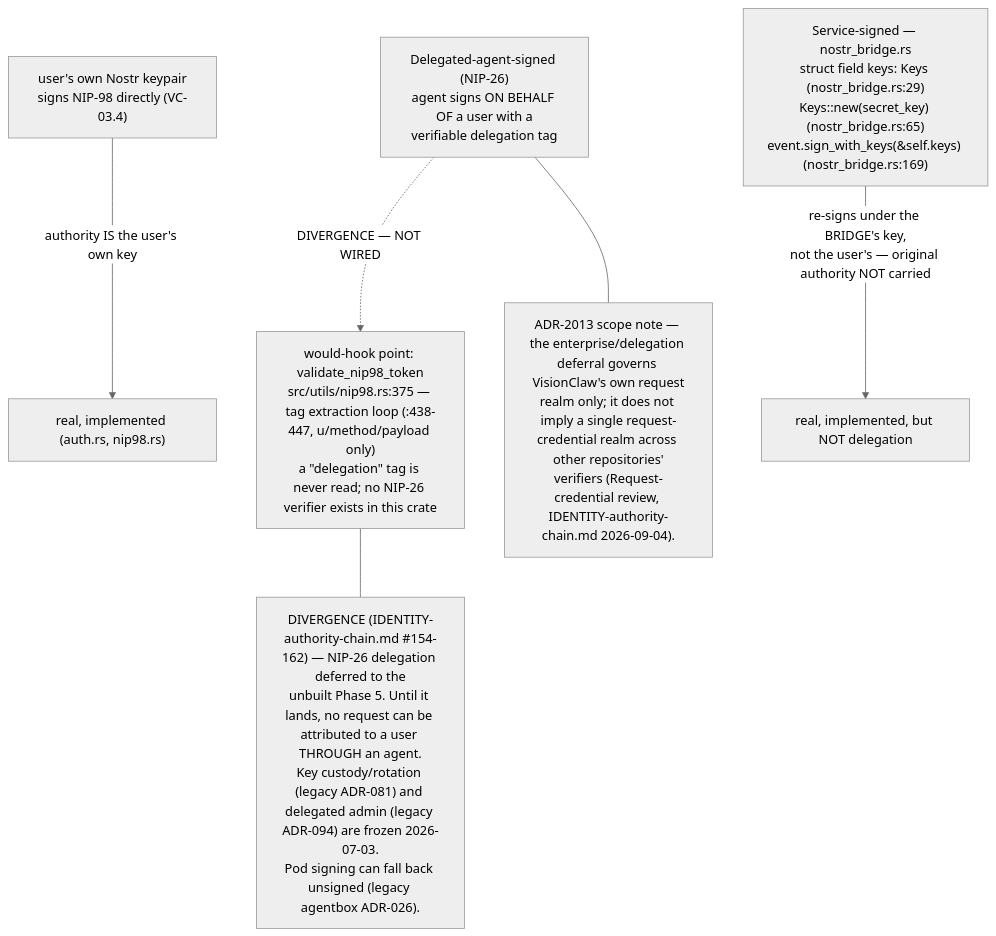
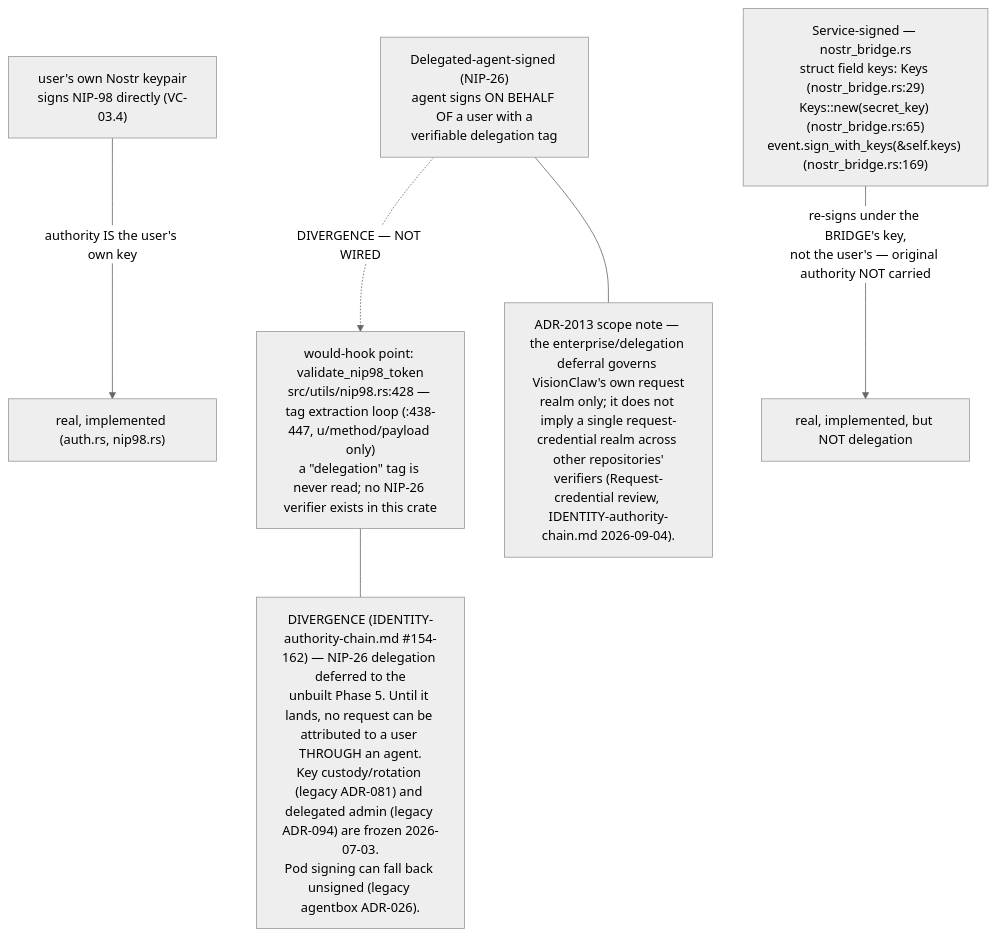
Before and after one commit to DreamLab-AI/VisionFlow: diagram 16 of 17 in docs/diagrams/visionclaw/03-request-lifecycle-and-rbac.md, drawn with Mermaid (neutral theme). The commit also changed other lines of this file and 51 other files, not shown here.

First line of the commit message:
docs(diagrams): agentbox AB-01..13 re-attested anchor by anchor (980 anchors, 22 defects); checkpoint against an out-of-mesh writer

````diff
--- a/docs/diagrams/visionclaw/03-request-lifecycle-and-rbac.md
+++ b/docs/diagrams/visionclaw/03-request-lifecycle-and-rbac.md
@@ -589,14 +591,14 @@
 ```mermaid
 flowchart TB
     U["user's own Nostr keypair<br/>signs NIP-98 directly (VC-03.4)"]
     SS["Service-signed — nostr_bridge.rs<br/>struct field keys: Keys (nostr_bridge.rs:29)<br/>Keys::new(secret_key) (nostr_bridge.rs:65)<br/>event.sign_with_keys(&self.keys) (nostr_bridge.rs:169)"]
     DA["Delegated-agent-signed (NIP-26)<br/>agent signs ON BEHALF OF a user with a<br/>verifiable delegation tag"]
-    HOOK["would-hook point: validate_nip98_token<br/>src/utils/nip98.rs:375 — tag extraction loop (:438-447, u/method/payload only)<br/>a #quot;delegation#quot; tag is never read; no NIP-26 verifier exists in this crate"]
+    HOOK["would-hook point: validate_nip98_token<br/>src/utils/nip98.rs:428 — tag extraction loop (:438-447, u/method/payload only)<br/>a #quot;delegation#quot; tag is never read; no NIP-26 verifier exists in this crate"]
     U -->|"authority IS the user's own key"| REAL["real, implemented (auth.rs, nip98.rs)"]
     SS -->|"re-signs under the BRIDGE's key,<br/>not the user's — original authority NOT carried"| BRIDGE_REAL["real, implemented, but NOT delegation"]
     DA -.->|"DIVERGENCE — NOT WIRED"| HOOK
     N1["DIVERGENCE (IDENTITY-authority-chain.md #154-162) — NIP-26 delegation deferred to the<br/>unbuilt Phase 5. Until it lands, no request can be attributed to a user THROUGH an agent.<br/>Key custody/rotation (legacy ADR-081) and delegated admin (legacy ADR-094) are frozen 2026-07-03.<br/>Pod signing can fall back unsigned (legacy agentbox ADR-026)."]
     HOOK --- N1
     N2["ADR-2013 scope note — the enterprise/delegation deferral governs VisionClaw's own request<br/>realm only; it does not imply a single request-credential realm across other repositories'<br/>verifiers (Request-credential review, IDENTITY-authority-chain.md 2026-09-04)."]
     DA --- N2
 ```
````
